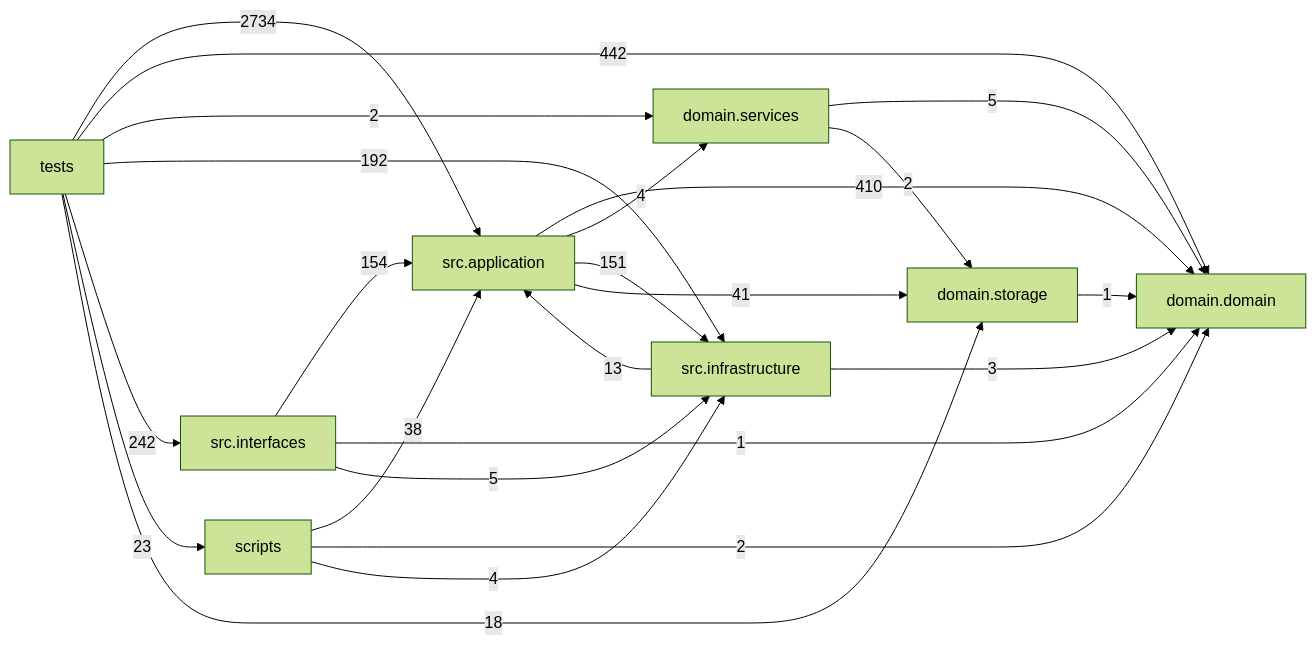
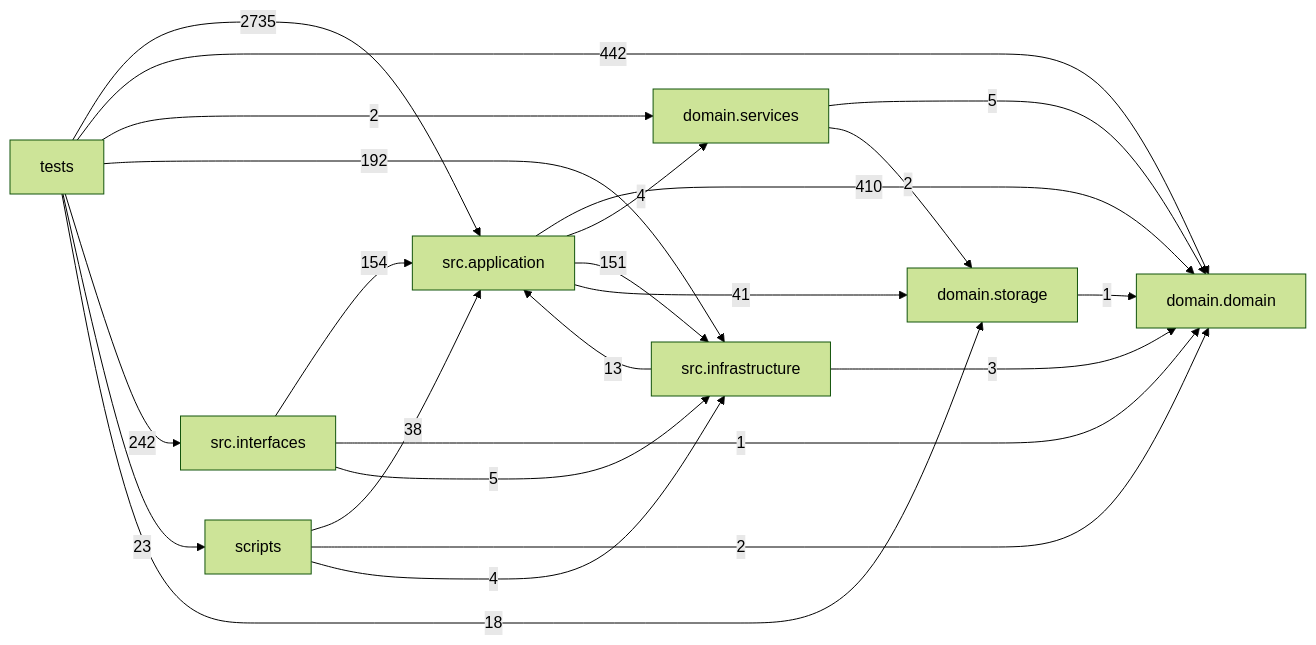
One commit to liuxie066/options-monitor changed the diagram in docs/DEPENDENCY_GRAPH.md. Above: the diagram before and after it, drawn with Mermaid (forest theme). The commit also changed other lines of this file and 2 other files, not shown here.

````diff
--- a/docs/DEPENDENCY_GRAPH.md
+++ b/docs/DEPENDENCY_GRAPH.md
@@ -24,33 +24,33 @@
 ```mermaid
 flowchart LR
   tests["tests"]
   scripts["scripts"]
   interfaces["src.interfaces"]
   application["src.application"]
   infrastructure["src.infrastructure"]
   domain_services["domain.services"]
   domain["domain.domain"]
   storage["domain.storage"]
   application -->|410| domain
   application -->|4| domain_services
   application -->|151| infrastructure
   application -->|41| storage
   domain_services -->|5| domain
   domain_services -->|2| storage
   infrastructure -->|13| application
   infrastructure -->|3| domain
   interfaces -->|154| application
   interfaces -->|1| domain
   interfaces -->|5| infrastructure
   scripts -->|38| application
   scripts -->|2| domain
   scripts -->|4| infrastructure
   storage -->|1| domain
-  tests -->|2734| application
+  tests -->|2735| application
   tests -->|442| domain
   tests -->|2| domain_services
   tests -->|192| infrastructure
   tests -->|242| interfaces
   tests -->|23| scripts
   tests -->|18| storage
 ```
````
